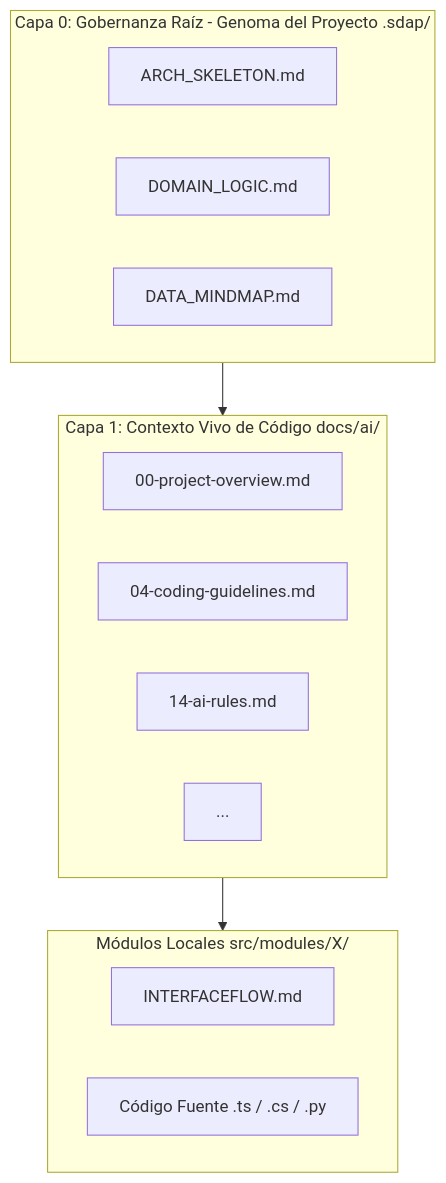
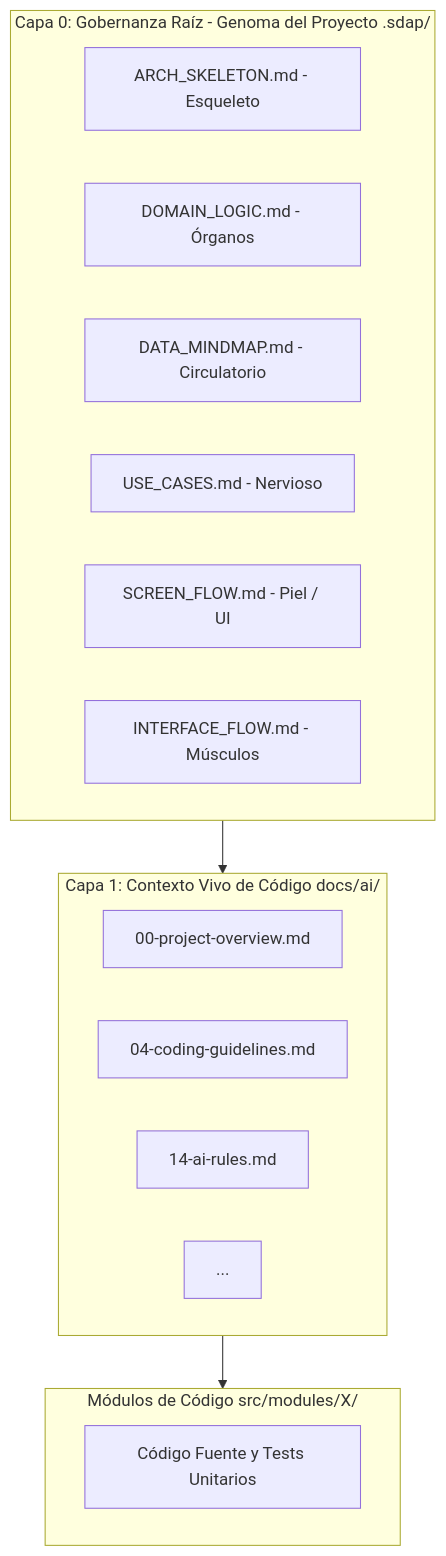
One commit to codeinapt/sdap-template changed the diagram in specification/02-Chapter-II.md. Above: the diagram before and after it, drawn with Mermaid. The commit also changed other lines of this file, not shown here.

First line of the commit message:
Update documentation architecture terminology and details

````diff
--- a/specification/02-Chapter-II.md
+++ b/specification/02-Chapter-II.md
@@ -20,23 +20,25 @@
 ```mermaid
 graph TD
     subgraph Capa0 [Capa 0: Gobernanza Raíz - Genoma del Proyecto .sdap/]
-        AS[ARCH_SKELETON.md]
-        DL[DOMAIN_LOGIC.md]
-        DM[DATA_MINDMAP.md]
+        AS[ARCH_SKELETON.md - Esqueleto]
+        DL[DOMAIN_LOGIC.md - Órganos]
+        DM[DATA_MINDMAP.md - Circulatorio]
+        UC[USE_CASES.md - Nervioso]
+        SF[SCREEN_FLOW.md - Piel / UI]
+        IF[INTERFACE_FLOW.md - Músculos]
     end
 
     subgraph Capa1 [Capa 1: Contexto Vivo de Código docs/ai/]
         OVER[00-project-overview.md]
         GUIDE[04-coding-guidelines.md]
         RULES[14-ai-rules.md]
         OTHERS[...]
     end
 
-    subgraph Modulos [Módulos Locales src/modules/X/]
-        IF[INTERFACEFLOW.md]
-        CODE[Código Fuente .ts / .cs / .py]
+    subgraph Modulos [Módulos de Código src/modules/X/]
+        CODE[Código Fuente y Tests Unitarios]
     end
 
     Capa0 --> Capa1
     Capa1 --> Modulos
 ```
````
